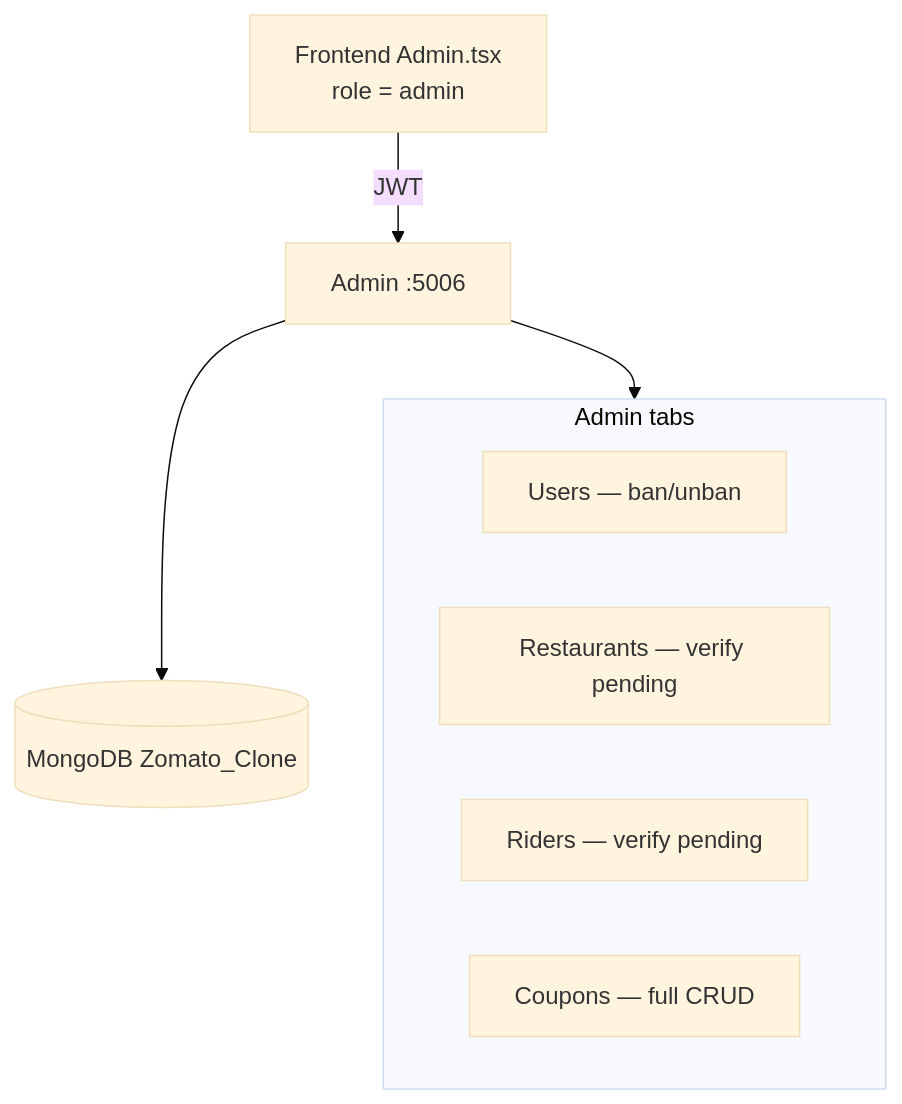
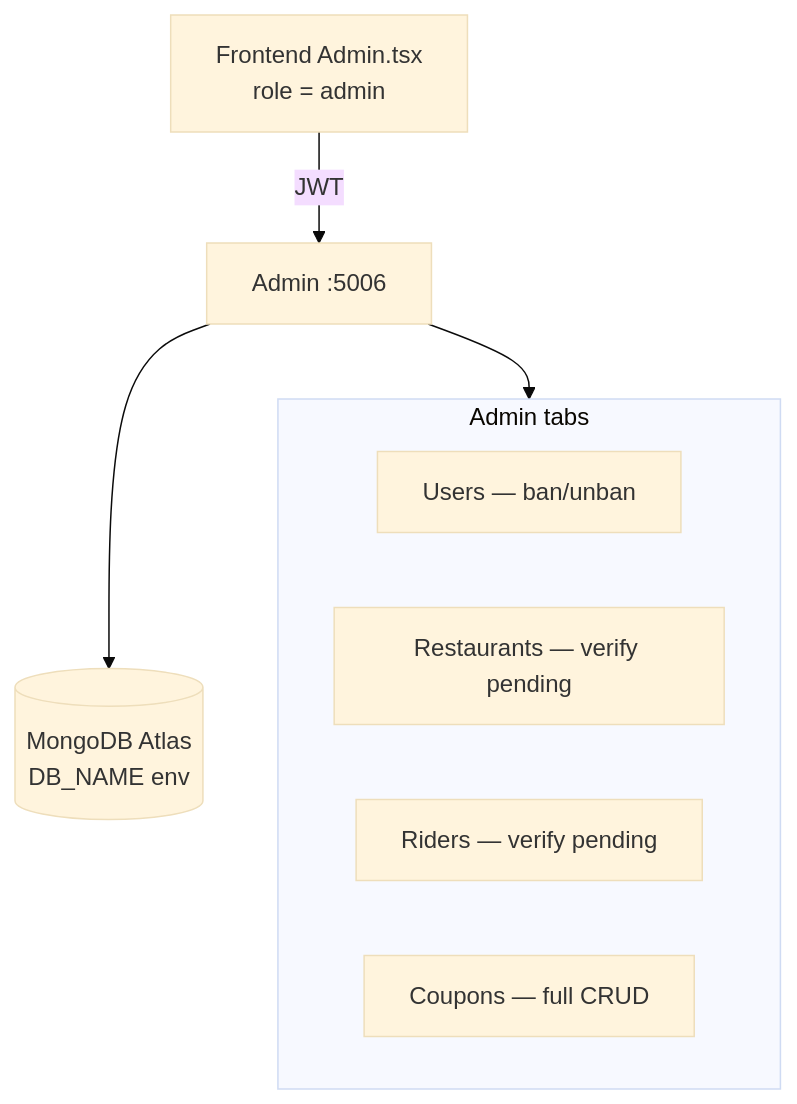
One commit to subhm2004/ByteBites changed diagram 16 of 19 in ARCHITECTURE.md. Above: the diagram before and after it, drawn with Mermaid (base theme). The commit also changed other lines of this file and 23 other files, not shown here.

````diff
--- a/ARCHITECTURE.md
+++ b/ARCHITECTURE.md
@@ -561,14 +563,14 @@
 ```mermaid
 flowchart TB
     FE["Frontend Admin.tsx<br/>role = admin"] -->|"JWT"| ADM["Admin :5006"]
-    ADM --> DB[("MongoDB Zomato_Clone")]
+    ADM --> DB[("MongoDB Atlas<br/>DB_NAME env")]
 
     subgraph Tabs["Admin tabs"]
         U["Users — ban/unban"]
         REST_T["Restaurants — verify pending"]
         RID_T["Riders — verify pending"]
         COUP["Coupons — full CRUD"]
     end
 
     ADM --> Tabs
 ```
````
